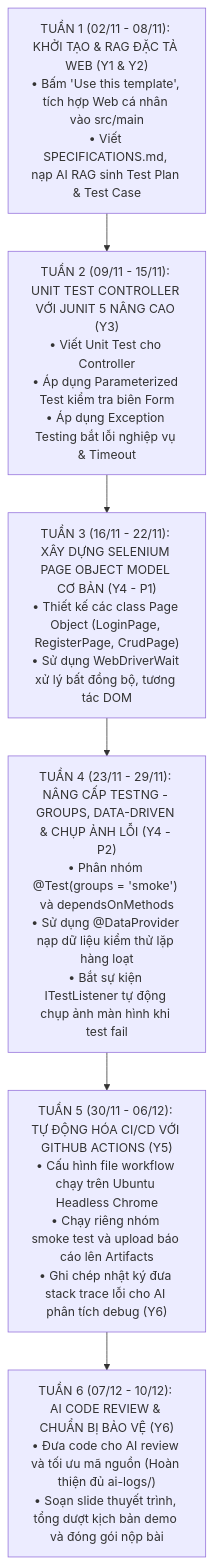
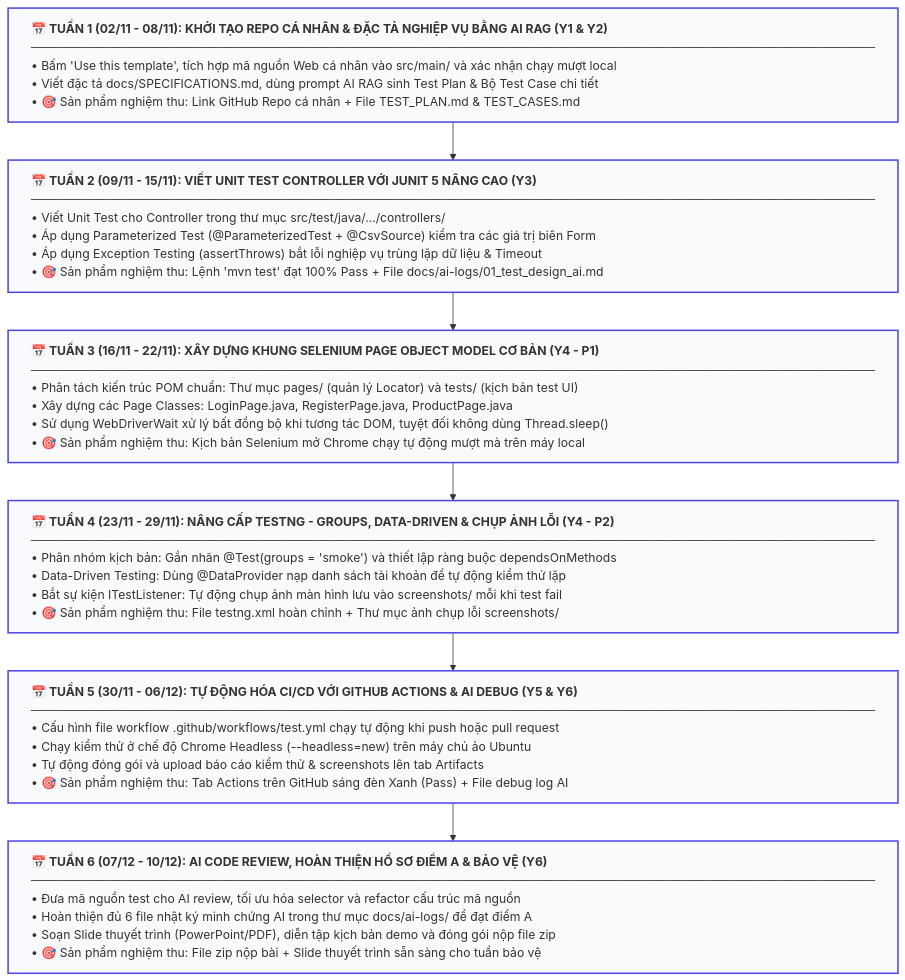
One commit to haimtts03134-del/SOF309-SD1304-TS03134-MaiTheHai changed the diagram in docs/HUONG_DAN_CHI_TIET_6_TUAN.md. Above: the diagram before and after it, drawn with Mermaid.

Commit message:
style: widen Mermaid flowchart boxes to full width card banners

````diff
--- a/docs/HUONG_DAN_CHI_TIET_6_TUAN.md
+++ b/docs/HUONG_DAN_CHI_TIET_6_TUAN.md
@@ -11,9 +11,17 @@
 ```mermaid
 flowchart TD
-    W1["TUẦN 1 (02/11 - 08/11): KHỞI TẠO & RAG ĐẶC TẢ WEB (Y1 & Y2)\n• Bấm 'Use this template', tích hợp Web cá nhân vào src/main\n• Viết SPECIFICATIONS.md, nạp AI RAG sinh Test Plan & Test Case"] --> W2
-    W2["TUẦN 2 (09/11 - 15/11): UNIT TEST CONTROLLER VỚI JUNIT 5 NÂNG CAO (Y3)\n• Viết Unit Test cho Controller\n• Áp dụng Parameterized Test kiểm tra biên Form\n• Áp dụng Exception Testing bắt lỗi nghiệp vụ & Timeout"] --> W3
-    W3["TUẦN 3 (16/11 - 22/11): XÂY DỰNG SELENIUM PAGE OBJECT MODEL CƠ BẢN (Y4 - P1)\n• Thiết kế các class Page Object (LoginPage, RegisterPage, CrudPage)\n• Sử dụng WebDriverWait xử lý bất đồng bộ, tương tác DOM"] --> W4
-    W4["TUẦN 4 (23/11 - 29/11): NÂNG CẤP TESTNG - GROUPS, DATA-DRIVEN & CHỤP ẢNH LỖI (Y4 - P2)\n• Phân nhóm @Test(groups = 'smoke') và dependsOnMethods\n• Sử dụng @DataProvider nạp dữ liệu kiểm thử lặp hàng loạt\n• Bắt sự kiện ITestListener tự động chụp ảnh màn hình khi test fail"] --> W5
-    W5["TUẦN 5 (30/11 - 06/12): TỰ ĐỘNG HÓA CI/CD VỚI GITHUB ACTIONS (Y5)\n• Cấu hình file workflow chạy trên Ubuntu Headless Chrome\n• Chạy riêng nhóm smoke test và upload báo cáo lên Artifacts\n• Ghi chép nhật ký đưa stack trace lỗi cho AI phân tích debug (Y6)"] --> W6
-    W6["TUẦN 6 (07/12 - 10/12): AI CODE REVIEW & CHUẨN BỊ BẢO VỆ (Y6)\n• Đưa code cho AI review và tối ưu mã nguồn (Hoàn thiện đủ ai-logs/)\n• Soạn slide thuyết trình, tổng dượt kịch bản demo và đóng gói nộp bài"]
+    W1["<b>📅 TUẦN 1 (02/11 - 08/11): KHỞI TẠO REPO CÁ NHÂN & ĐẶC TẢ NGHIỆP VỤ BẰNG AI RAG (Y1 & Y2)</b><br>──────────────────────────────────────────────────────────────────────────────────────────────────<br>• Bấm 'Use this template', tích hợp mã nguồn Web cá nhân vào src/main/ và xác nhận chạy mượt local<br>• Viết đặc tả docs/SPECIFICATIONS.md, dùng prompt AI RAG sinh Test Plan & Bộ Test Case chi tiết<br>• 🎯 Sản phẩm nghiệm thu: Link GitHub Repo cá nhân + File TEST_PLAN.md & TEST_CASES.md"]
+    -->
+    W2["<b>📅 TUẦN 2 (09/11 - 15/11): VIẾT UNIT TEST CONTROLLER VỚI JUNIT 5 NÂNG CAO (Y3)</b><br>──────────────────────────────────────────────────────────────────────────────────────────────────<br>• Viết Unit Test cho Controller trong thư mục src/test/java/.../controllers/<br>• Áp dụng Parameterized Test (@ParameterizedTest + @CsvSource) kiểm tra các giá trị biên Form<br>• Áp dụng Exception Testing (assertThrows) bắt lỗi nghiệp vụ trùng lặp dữ liệu & Timeout<br>• 🎯 Sản phẩm nghiệm thu: Lệnh 'mvn test' đạt 100% Pass + File docs/ai-logs/01_test_design_ai.md"]
+    -->
+    W3["<b>📅 TUẦN 3 (16/11 - 22/11): XÂY DỰNG KHUNG SELENIUM PAGE OBJECT MODEL CƠ BẢN (Y4 - P1)</b><br>──────────────────────────────────────────────────────────────────────────────────────────────────<br>• Phân tách kiến trúc POM chuẩn: Thư mục pages/ (quản lý Locator) và tests/ (kịch bản test UI)<br>• Xây dựng các Page Classes: LoginPage.java, RegisterPage.java, ProductPage.java<br>• Sử dụng WebDriverWait xử lý bất đồng bộ khi tương tác DOM, tuyệt đối không dùng Thread.sleep()<br>• 🎯 Sản phẩm nghiệm thu: Kịch bản Selenium mở Chrome chạy tự động mượt mà trên máy local"]
+    -->
+    W4["<b>📅 TUẦN 4 (23/11 - 29/11): NÂNG CẤP TESTNG - GROUPS, DATA-DRIVEN & CHỤP ẢNH LỖI (Y4 - P2)</b><br>──────────────────────────────────────────────────────────────────────────────────────────────────<br>• Phân nhóm kịch bản: Gắn nhãn @Test(groups = 'smoke') và thiết lập ràng buộc dependsOnMethods<br>• Data-Driven Testing: Dùng @DataProvider nạp danh sách tài khoản để tự động kiểm thử lặp<br>• Bắt sự kiện ITestListener: Tự động chụp ảnh màn hình lưu vào screenshots/ mỗi khi test fail<br>• 🎯 Sản phẩm nghiệm thu: File testng.xml hoàn chỉnh + Thư mục ảnh chụp lỗi screenshots/"]
+    -->
+    W5["<b>📅 TUẦN 5 (30/11 - 06/12): TỰ ĐỘNG HÓA CI/CD VỚI GITHUB ACTIONS & AI DEBUG (Y5 & Y6)</b><br>──────────────────────────────────────────────────────────────────────────────────────────────────<br>• Cấu hình file workflow .github/workflows/test.yml chạy tự động khi push hoặc pull request<br>• Chạy kiểm thử ở chế độ Chrome Headless (--headless=new) trên máy chủ ảo Ubuntu<br>• Tự động đóng gói và upload báo cáo kiểm thử & screenshots lên tab Artifacts<br>• 🎯 Sản phẩm nghiệm thu: Tab Actions trên GitHub sáng đèn Xanh (Pass) + File debug log AI"]
+    -->
+    W6["<b>📅 TUẦN 6 (07/12 - 10/12): AI CODE REVIEW, HOÀN THIỆN HỒ SƠ ĐIỂM A & BẢO VỆ (Y6)</b><br>──────────────────────────────────────────────────────────────────────────────────────────────────<br>• Đưa mã nguồn test cho AI review, tối ưu hóa selector và refactor cấu trúc mã nguồn<br>• Hoàn thiện đủ 6 file nhật ký minh chứng AI trong thư mục docs/ai-logs/ để đạt điểm A<br>• Soạn Slide thuyết trình (PowerPoint/PDF), diễn tập kịch bản demo và đóng gói nộp file zip<br>• 🎯 Sản phẩm nghiệm thu: File zip nộp bài + Slide thuyết trình sẵn sàng cho tuần bảo vệ"]
+
+    classDef wideBox text-align:left,fill:#f8fafc,stroke:#4f46e5,stroke-width:2px;
+    class W1,W2,W3,W4,W5,W6 wideBox;
 ```
````
